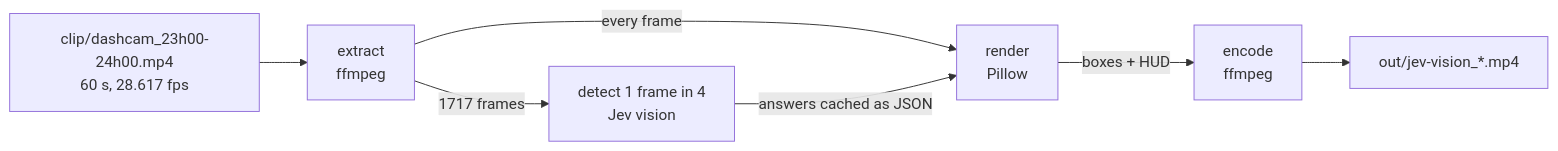
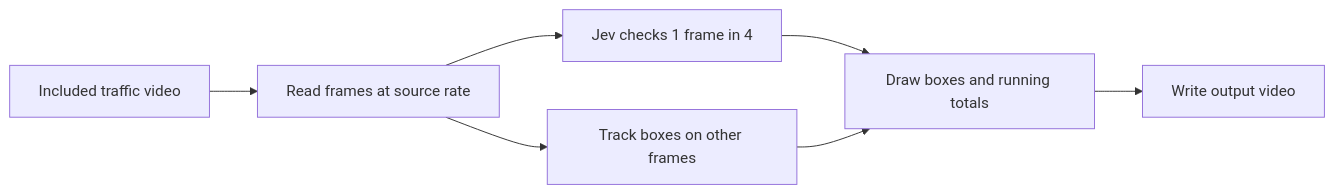
The first of 2 diagrams in README.md (Amr-devman/jev-self-driving-vision-demo), drawn with Mermaid before and after one commit. The commit also changed other lines of this file, not shown here.

````diff
--- a/README.md
+++ b/README.md
@@ -17,9 +29,9 @@
 ```mermaid
 flowchart LR
-    A["clip/dashcam_23h00-24h00.mp4<br/>60 s, 28.617 fps"] --> B[extract<br/>ffmpeg]
-    B -->|1717 frames| C["detect 1 frame in 4<br/>Jev vision"]
-    B -->|every frame| D["render<br/>Pillow"]
-    C -->|answers cached as JSON| D
-    D -->|boxes + HUD| E["encode<br/>ffmpeg"]
-    E --> F["out/jev-vision_*.mp4"]
+    A["Included traffic video"] --> B["Read frames at source rate"]
+    B --> C["Jev checks 1 frame in 4"]
+    B --> D["Track boxes on other frames"]
+    C --> E["Draw boxes and running totals"]
+    D --> E
+    E --> F["Write output video"]
 ```
````
